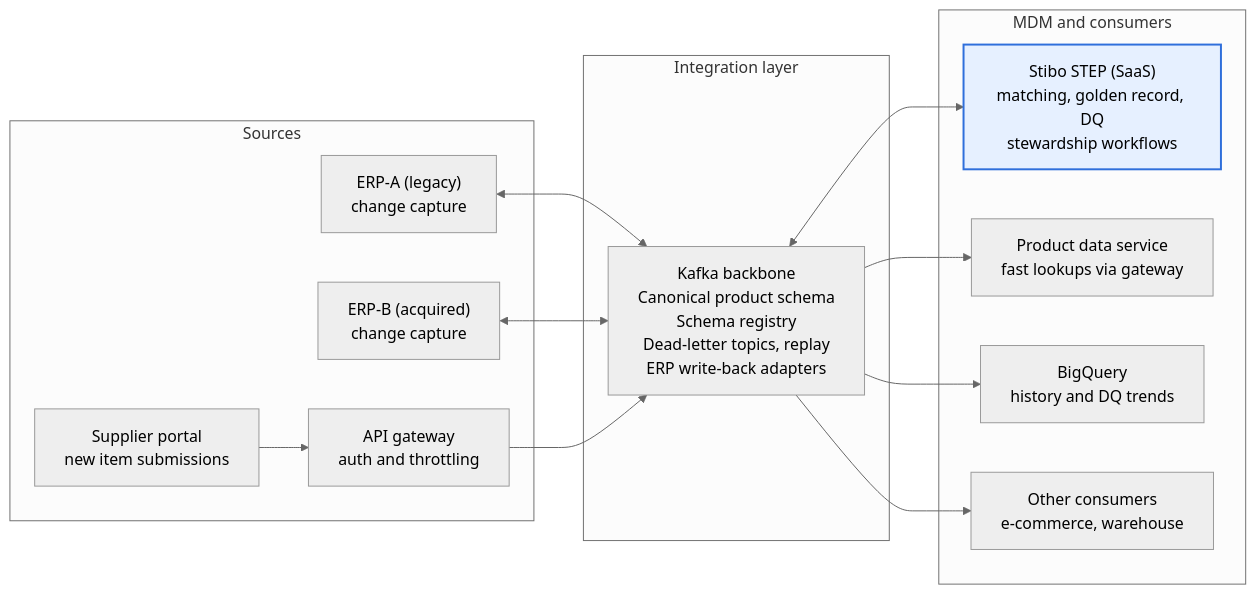
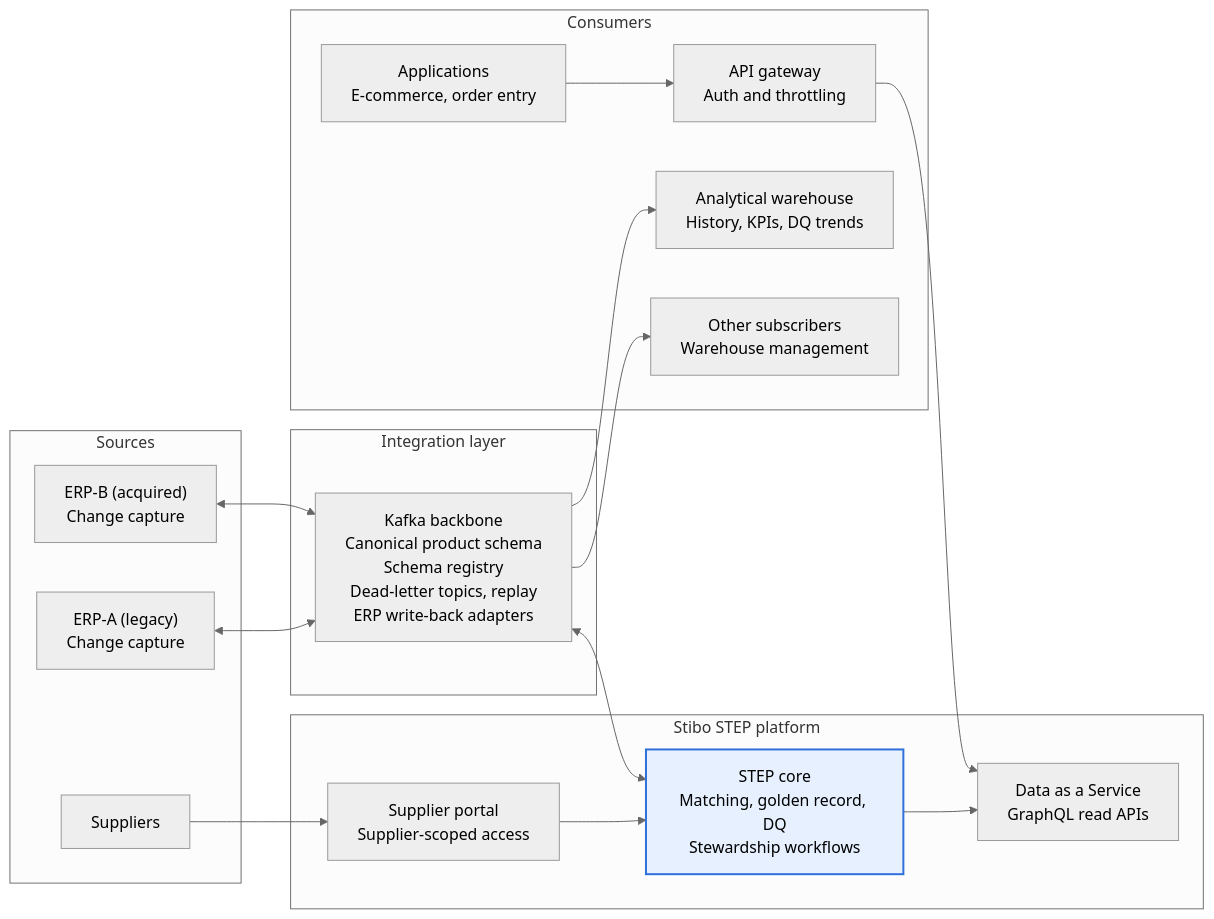
One commit to cavimales/product-mdm-reference-architecture changed the diagram in docs/diagrams/context.md. Above: the diagram before and after it, drawn with Mermaid (neutral theme). The commit also changed other lines of this file and 7 other files, not shown here.

First line of the commit message:
Replace custom supplier portal with STEP supplier portal and product data service with STEP DaaS

````diff
--- a/docs/diagrams/context.md
+++ b/docs/diagrams/context.md
@@ -5,32 +5,38 @@
 ```mermaid
 flowchart LR
     subgraph Sources
-        ERPA["ERP-A (legacy)<br/>change capture"]
-        ERPB["ERP-B (acquired)<br/>change capture"]
-        PORTAL["Supplier portal<br/>new item submissions"]
-        GW["API gateway<br/>auth and throttling"]
+        ERPA["ERP-A (legacy)<br/>Change capture"]
+        ERPB["ERP-B (acquired)<br/>Change capture"]
+        SUPP["Suppliers"]
     end
 
     subgraph Integration["Integration layer"]
         KAFKA["Kafka backbone<br/>Canonical product schema<br/>Schema registry<br/>Dead-letter topics, replay<br/>ERP write-back adapters"]
     end
 
-    subgraph MDM["MDM and consumers"]
-        STEP["Stibo STEP (SaaS)<br/>matching, golden record, DQ<br/>stewardship workflows"]
-        PDS["Product data service<br/>fast lookups via gateway"]
-        BQ["BigQuery<br/>history and DQ trends"]
-        OTHER["Other consumers<br/>e-commerce, warehouse"]
+    subgraph Stibo["Stibo STEP platform"]
+        PORTAL["Supplier portal<br/>Supplier-scoped access"]
+        STEP["STEP core<br/>Matching, golden record, DQ<br/>Stewardship workflows"]
+        DAAS["Data as a Service<br/>GraphQL read APIs"]
+    end
+
+    subgraph Consumers
+        GW["API gateway<br/>Auth and throttling"]
+        APPS["Applications<br/>E-commerce, order entry"]
+        DWH["Analytical warehouse<br/>History, KPIs, DQ trends"]
+        OTHER["Other subscribers<br/>Warehouse management"]
     end
 
     ERPA <--> KAFKA
     ERPB <--> KAFKA
-    PORTAL --> GW
-    GW --> KAFKA
+    SUPP --> PORTAL
+    PORTAL --> STEP
     KAFKA <--> STEP
-    KAFKA --> PDS
-    KAFKA --> BQ
+    STEP --> DAAS
+    APPS --> GW --> DAAS
+    KAFKA --> DWH
     KAFKA --> OTHER
 
     classDef mdm fill:#e6f0ff,stroke:#2f6fdb,stroke-width:2px;
     class STEP mdm;
 ```
````
